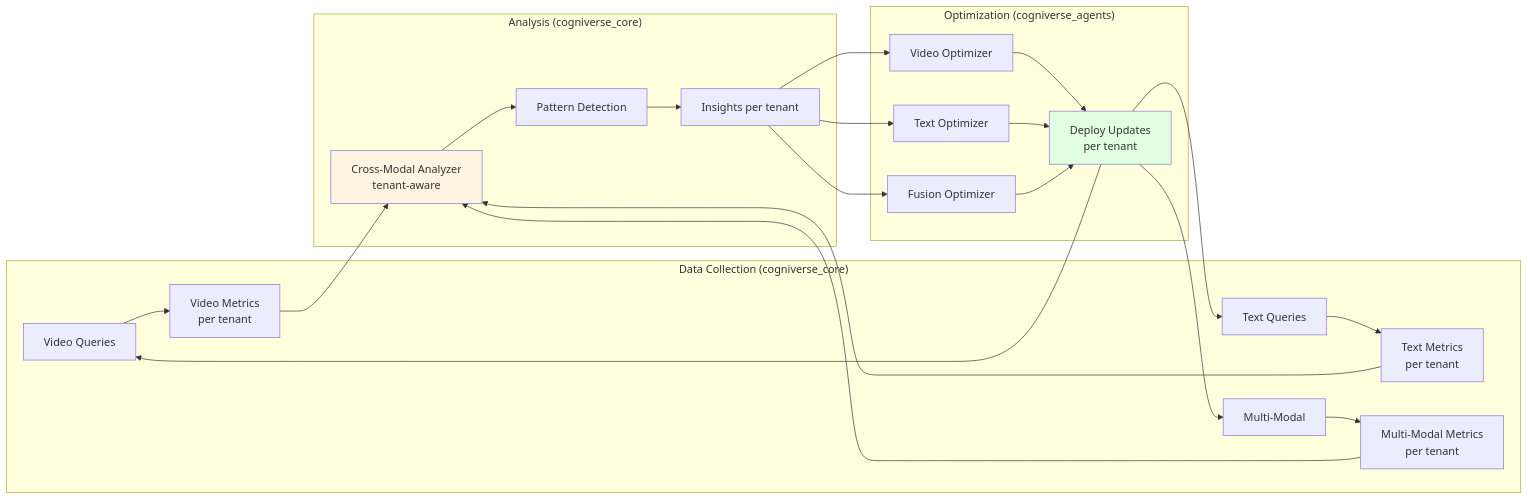
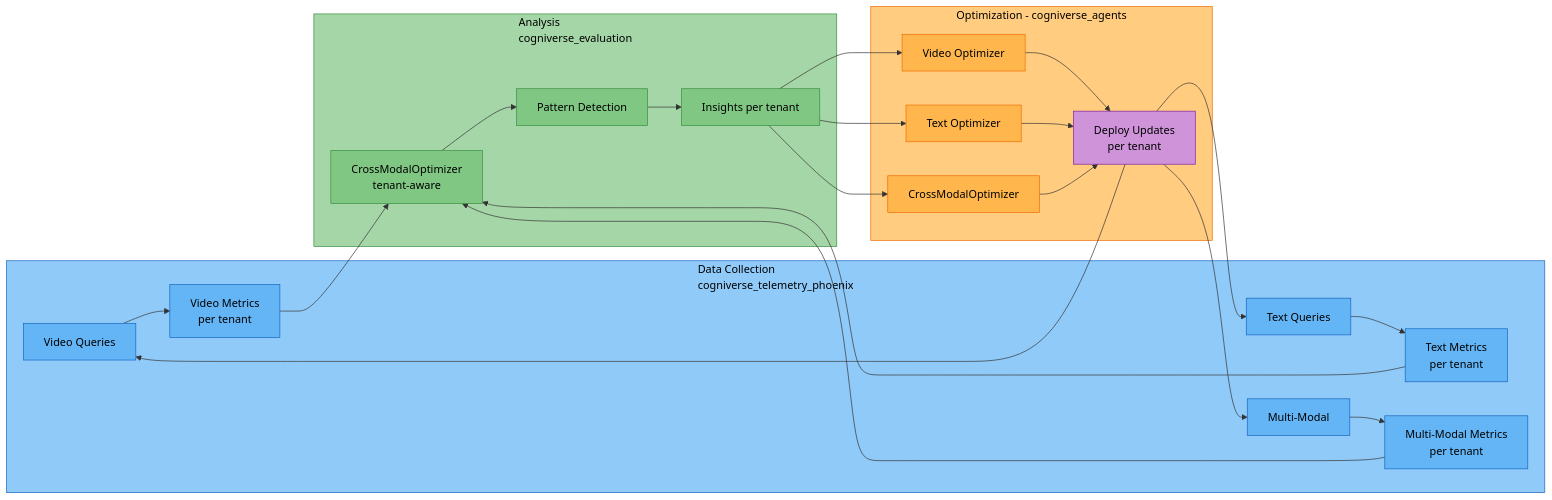
One commit to amit-jain/cogniverse changed diagram 13 of 24 in docs/architecture/system-flows.md. Above: the diagram before and after it, drawn with Mermaid. The commit also changed other lines of this file and 83 other files, not shown here.

First line of the commit message:
Fix documentation veracity, formatting, and diagrams across all modules

````diff
--- a/docs/architecture/system-flows.md
+++ b/docs/architecture/system-flows.md
@@ -632,34 +552,48 @@
 ```mermaid
-graph LR
-    subgraph "Data Collection (cogniverse_core)"
-        V[Video Queries] --> VMetrics[Video Metrics<br/>per tenant]
-        T[Text Queries] --> TMetrics[Text Metrics<br/>per tenant]
-        M[Multi-Modal] --> MMetrics[Multi-Modal Metrics<br/>per tenant]
+flowchart LR
+    subgraph DataCollection[<span style='color:#000'>Data Collection<br/>cogniverse_telemetry_phoenix</span>]
+        V[<span style='color:#000'>Video Queries</span>] --> VMetrics[<span style='color:#000'>Video Metrics<br/>per tenant</span>]
+        T[<span style='color:#000'>Text Queries</span>] --> TMetrics[<span style='color:#000'>Text Metrics<br/>per tenant</span>]
+        M[<span style='color:#000'>Multi-Modal</span>] --> MMetrics[<span style='color:#000'>Multi-Modal Metrics<br/>per tenant</span>]
     end
 
-    subgraph "Analysis (cogniverse_core)"
-        VMetrics --> Analyzer[Cross-Modal Analyzer<br/>tenant-aware]
+    subgraph Analysis[<span style='color:#000'>Analysis<br/>cogniverse_evaluation</span>]
+        VMetrics --> Analyzer[<span style='color:#000'>CrossModalOptimizer<br/>tenant-aware</span>]
         TMetrics --> Analyzer
         MMetrics --> Analyzer
 
-        Analyzer --> Patterns[Pattern Detection]
-        Patterns --> Insights[Insights per tenant]
+        Analyzer --> Patterns[<span style='color:#000'>Pattern Detection</span>]
+        Patterns --> Insights[<span style='color:#000'>Insights per tenant</span>]
     end
 
-    subgraph "Optimization (cogniverse_agents)"
-        Insights --> VidOpt[Video Optimizer]
-        Insights --> TextOpt[Text Optimizer]
-        Insights --> FusionOpt[Fusion Optimizer]
+    subgraph Optimization[<span style='color:#000'>Optimization - cogniverse_agents</span>]
+        Insights --> VidOpt[<span style='color:#000'>Video Optimizer</span>]
+        Insights --> TextOpt[<span style='color:#000'>Text Optimizer</span>]
+        Insights --> FusionOpt[<span style='color:#000'>CrossModalOptimizer</span>]
 
-        VidOpt --> Deploy[Deploy Updates<br/>per tenant]
+        VidOpt --> Deploy[<span style='color:#000'>Deploy Updates<br/>per tenant</span>]
         TextOpt --> Deploy
         FusionOpt --> Deploy
     end
 
     Deploy --> V
     Deploy --> T
     Deploy --> M
 
-    style Analyzer fill:#fff4e1
-    style Deploy fill:#e1ffe1
+    style DataCollection fill:#90caf9,stroke:#1565c0,color:#000
+    style V fill:#64b5f6,stroke:#1565c0,color:#000
+    style T fill:#64b5f6,stroke:#1565c0,color:#000
+    style M fill:#64b5f6,stroke:#1565c0,color:#000
+    style VMetrics fill:#64b5f6,stroke:#1565c0,color:#000
+    style TMetrics fill:#64b5f6,stroke:#1565c0,color:#000
+    style MMetrics fill:#64b5f6,stroke:#1565c0,color:#000
+    style Analysis fill:#a5d6a7,stroke:#388e3c,color:#000
+    style Analyzer fill:#81c784,stroke:#388e3c,color:#000
+    style Patterns fill:#81c784,stroke:#388e3c,color:#000
+    style Insights fill:#81c784,stroke:#388e3c,color:#000
+    style Optimization fill:#ffcc80,stroke:#ef6c00,color:#000
+    style VidOpt fill:#ffb74d,stroke:#ef6c00,color:#000
+    style TextOpt fill:#ffb74d,stroke:#ef6c00,color:#000
+    style FusionOpt fill:#ffb74d,stroke:#ef6c00,color:#000
+    style Deploy fill:#ce93d8,stroke:#7b1fa2,color:#000
 ```
````
